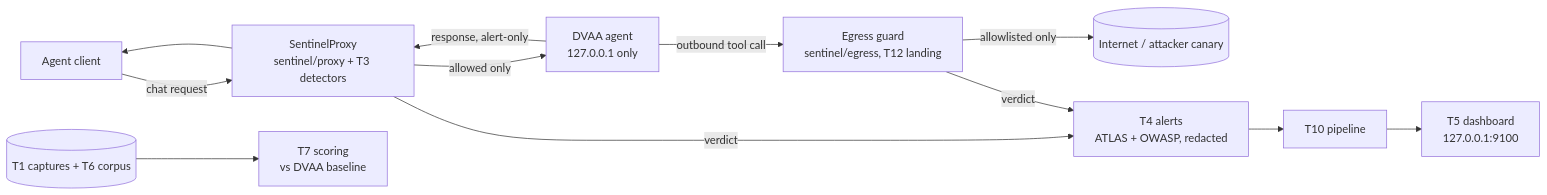
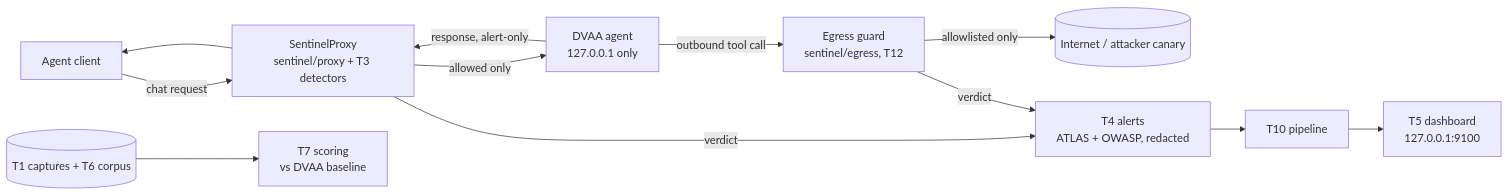
Before and after one commit to MoAlborati/AIC-X-Crowdstrike-Hackathon-Track-3: the diagram in README.md, drawn with Mermaid. The commit also changed other lines of this file and 1 other file, not shown here.

Commit message:
docs: T12 egress merged (#45); add egress demo to quickstart

````diff
--- a/README.md
+++ b/README.md
@@ -41,12 +41,12 @@
 ```mermaid
 flowchart LR
   A[Agent client] -->|chat request| P[SentinelProxy<br/>sentinel/proxy + T3 detectors]
   P -->|allowed only| D[DVAA agent<br/>127.0.0.1 only]
   D -->|response, alert-only| P --> A
-  D -->|outbound tool call| E[Egress guard<br/>sentinel/egress, T12 landing]
+  D -->|outbound tool call| E[Egress guard<br/>sentinel/egress, T12]
   E -->|allowlisted only| X[(Internet / attacker canary)]
   P -->|verdict| AL[T4 alerts<br/>ATLAS + OWASP, redacted]
   E -->|verdict| AL
   AL --> PL[T10 pipeline] --> DB[T5 dashboard<br/>127.0.0.1:9100]
   C[(T1 captures + T6 corpus)] --> S[T7 scoring<br/>vs DVAA baseline]
 ```
````
